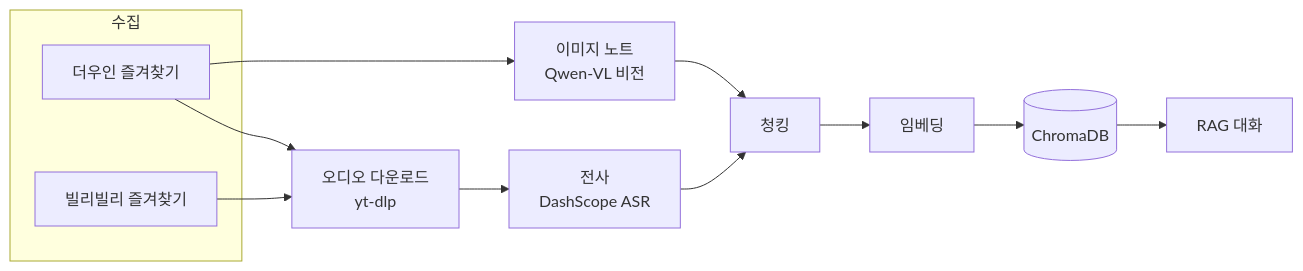
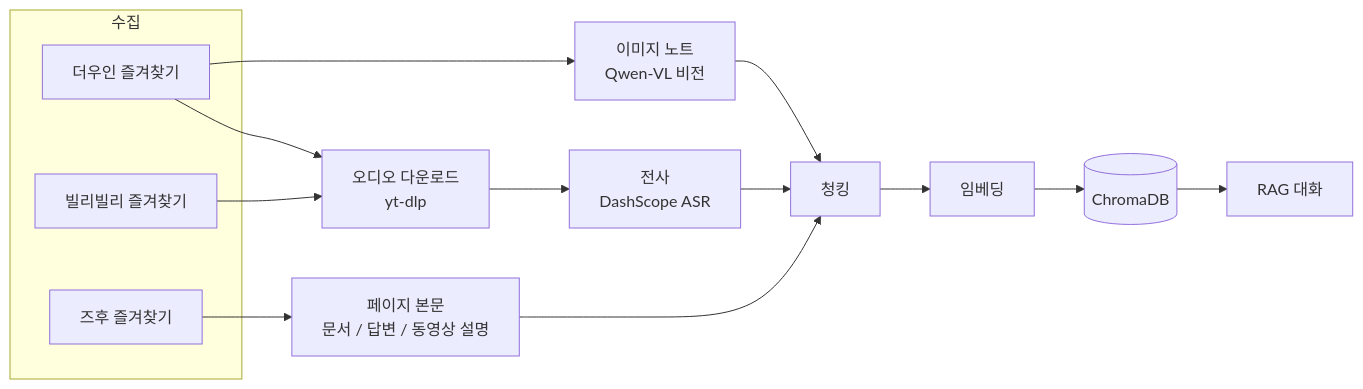
The diagram in docs/README.ko.md (EypeZeo/Akasha-RAG), drawn with Mermaid before and after one commit. The commit also changed other lines of this file and 8 other files, not shown here.

````diff
--- a/docs/README.ko.md
+++ b/docs/README.ko.md
@@ -21,16 +29,19 @@
 ```mermaid
 flowchart LR
     subgraph col["수집"]
         DY[더우인 즐겨찾기]
         BILI[빌리빌리 즐겨찾기]
+        ZH[즈후 즐겨찾기]
     end
     DY --> DL[오디오 다운로드<br/>yt-dlp]
     BILI --> DL
     DY --> IMG[이미지 노트<br/>Qwen-VL 비전]
+    ZH --> TEXT[페이지 본문<br/>문서 / 답변 / 동영상 설명]
     DL --> ASR[전사<br/>DashScope ASR]
     ASR --> CHUNK[청킹]
     IMG --> CHUNK
+    TEXT --> CHUNK
     CHUNK --> EMBED[임베딩]
     EMBED --> VDB[(ChromaDB)]
     VDB --> CHAT[RAG 대화]
 ```
````
